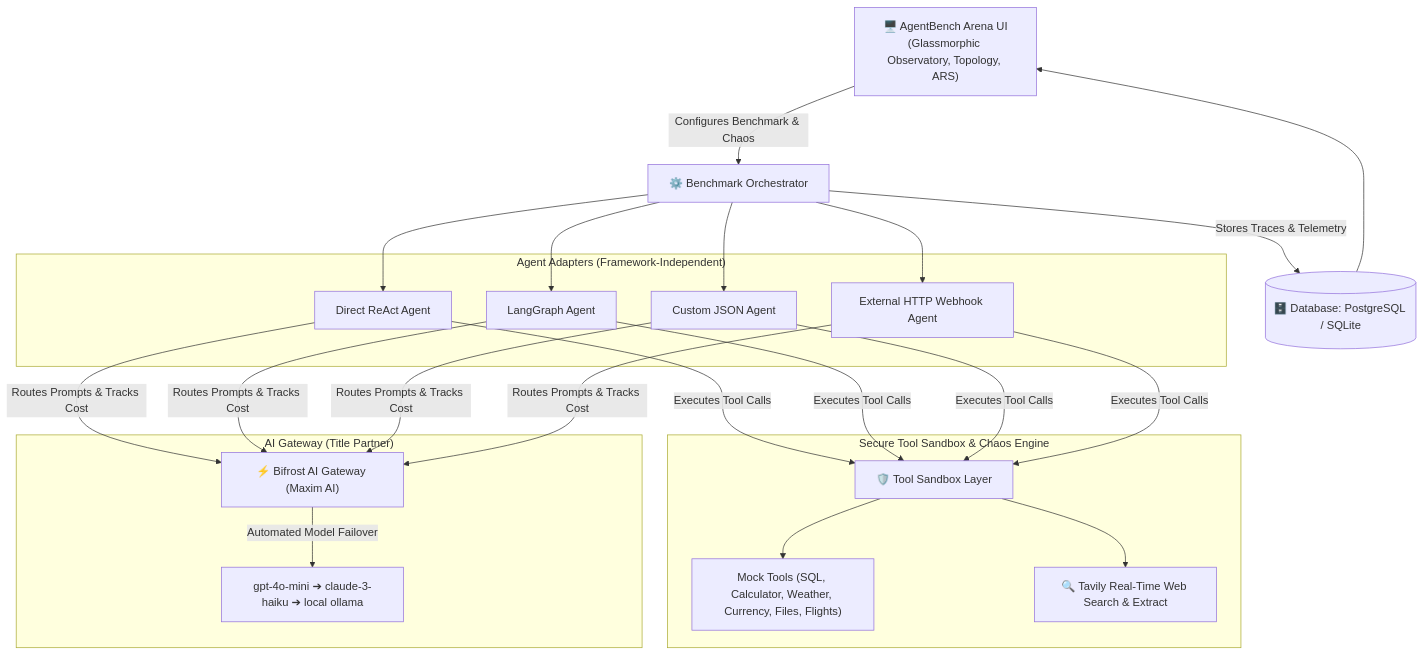
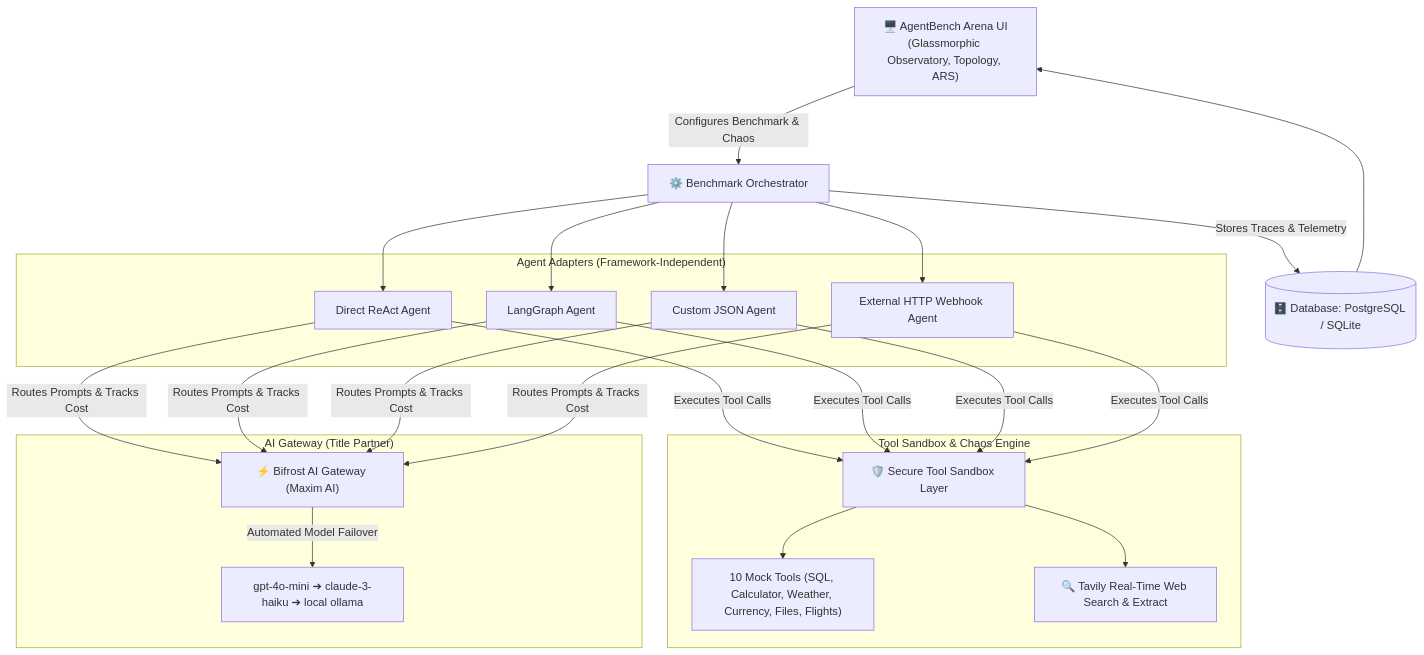
One commit to Mohan-M04/agentbench-arena changed the diagram in README.md. Above: the diagram before and after it, drawn with Mermaid. The commit also changed other lines of this file and 1 other file, not shown here.

````diff
--- a/README.md
+++ b/README.md
@@ -27,32 +27,32 @@
 ```mermaid
 graph TD
     UI["🖥️ AgentBench Arena UI<br/>(Glassmorphic Observatory, Topology, ARS)"] -->|"Configures Benchmark & Chaos"| Orch["⚙️ Benchmark Orchestrator"]
     
     subgraph "Agent Adapters (Framework-Independent)"
         A1["Direct ReAct Agent"]
         A2["LangGraph Agent"]
         A3["Custom JSON Agent"]
         A4["External HTTP Webhook Agent"]
     end
     
     Orch --> A1 & A2 & A3 & A4
     
-    subgraph "Secure Tool Sandbox & Chaos Engine"
-        SB["🛡️ Tool Sandbox Layer"]
-        M1["Mock Tools (SQL, Calculator, Weather, Currency, Files, Flights)"]
+    subgraph "Tool Sandbox & Chaos Engine"
+        SB["🛡️ Secure Tool Sandbox Layer"]
+        M1["10 Mock Tools (SQL, Calculator, Weather, Currency, Files, Flights)"]
         T1["🔍 Tavily Real-Time Web Search & Extract"]
     end
     
     A1 & A2 & A3 & A4 -->|"Executes Tool Calls"| SB
     SB --> M1 & T1
     
     subgraph "AI Gateway (Title Partner)"
         BF["⚡ Bifrost AI Gateway (Maxim AI)"]
         BF -->|"Automated Model Failover"| LLMs["gpt-4o-mini ➔ claude-3-haiku ➔ local ollama"]
     end
     
     A1 & A2 & A3 & A4 -->|"Routes Prompts & Tracks Cost"| BF
     
     Orch -->|"Stores Traces & Telemetry"| DB[("🗄️ Database: PostgreSQL / SQLite")]
     DB --> UI
 ```
````
